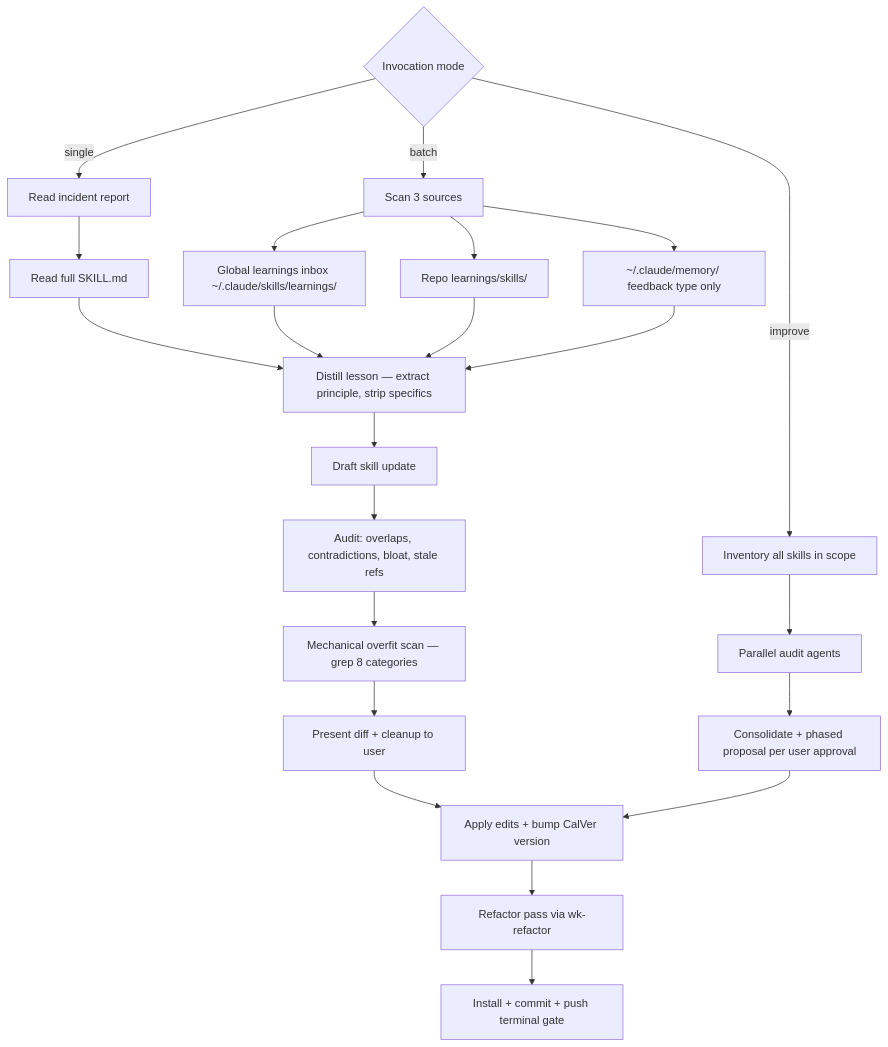
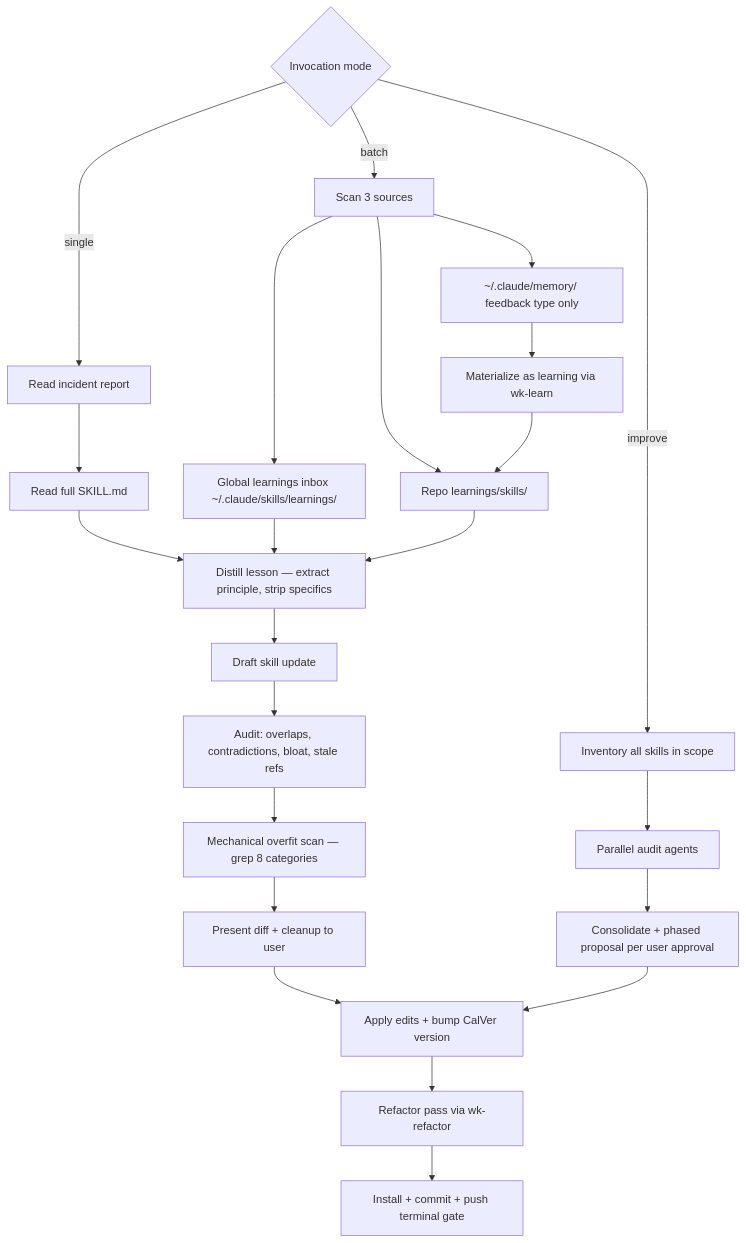
The diagram in skills/sharpen/README.md (whizzzkid/skills), drawn with Mermaid before and after one commit. The commit also changed other lines of this file and 2 other files, not shown here.

First line of the commit message:
feat(skills): 🔧 wk-sharpen materialize external memories as learnings via wk-learn

````diff
--- a/skills/sharpen/README.md
+++ b/skills/sharpen/README.md
@@ -14,23 +14,25 @@
 ```mermaid
 flowchart TD
     A{Invocation mode} -->|single| B[Read incident report]
     A -->|batch| G[Scan 3 sources]
     A -->|improve| K[Inventory all skills in scope]
     B --> C[Read full SKILL.md]
     C --> D[Distill lesson — extract principle, strip specifics]
     D --> E[Draft skill update]
     E --> F[Audit: overlaps, contradictions, bloat, stale refs]
     F --> F2[Mechanical overfit scan — grep 8 categories]
     F2 --> P[Present diff + cleanup to user]
     P --> Q[Apply edits + bump CalVer version]
     Q --> R[Refactor pass via wk-refactor]
     R --> S[Install + commit + push terminal gate]
     G --> G1[Global learnings inbox ~/.claude/skills/learnings/]
     G --> G2[Repo learnings/skills/]
     G --> G3[~/.claude/memory/ feedback type only]
-    G1 & G2 & G3 --> D
+    G3 --> GM[Materialize as learning via wk-learn]
+    GM --> G2
+    G1 & G2 --> D
     K --> L[Parallel audit agents]
     L --> M[Consolidate + phased proposal per user approval]
     M --> Q
     click R href "../refactor/README.md" _blank
 ```
````
